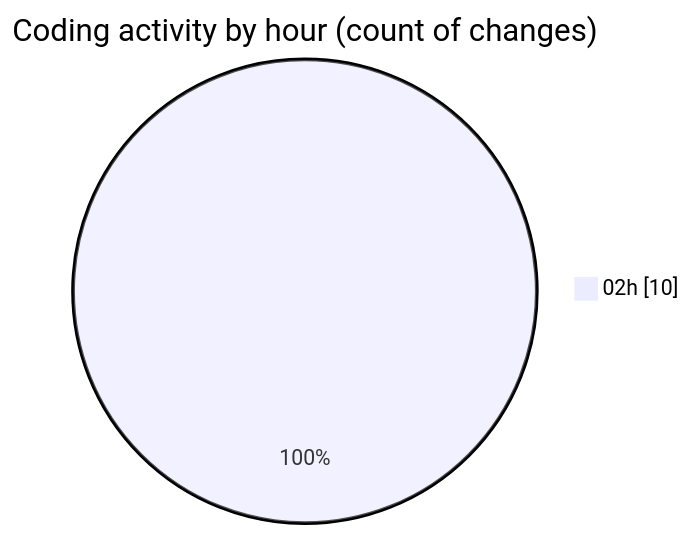
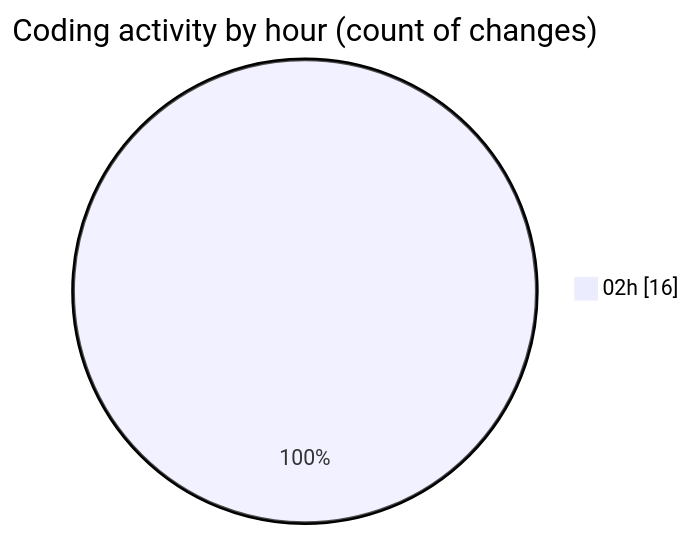
One commit to lephambinh05/code-tracking changed the second of 2 diagrams in 2025-07-31/studybuddy/README.md. Above: the diagram before and after it, drawn with Mermaid. The commit also changed other lines of this file and 1 other file, not shown here.

````diff
--- a/2025-07-31/studybuddy/README.md
+++ b/2025-07-31/studybuddy/README.md
@@ -33,5 +37,5 @@
 ```mermaid
 pie showData
 title Coding activity by hour (count of changes)
-"02h" : 10
+"02h" : 16
 ```
````
